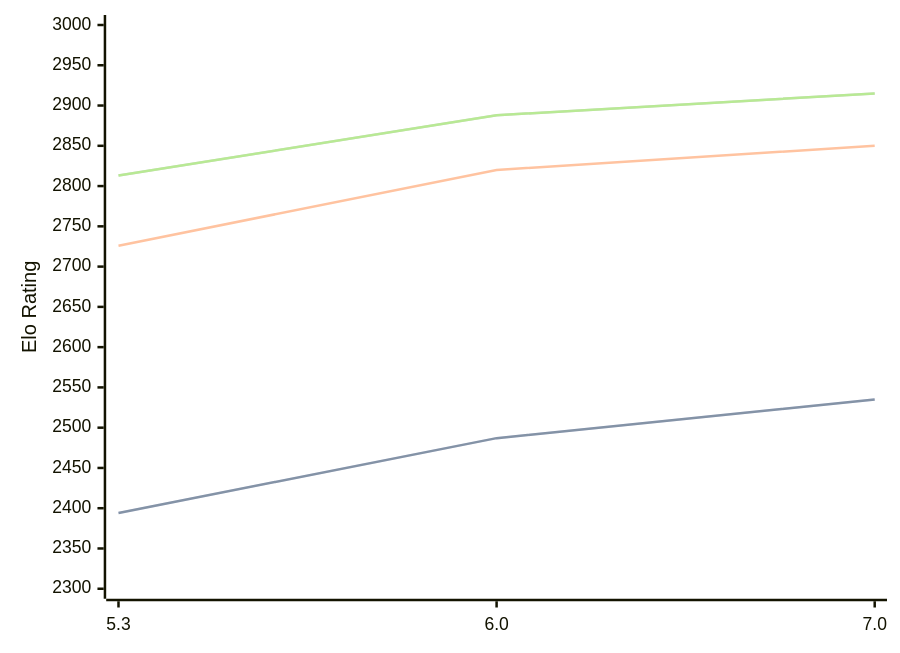
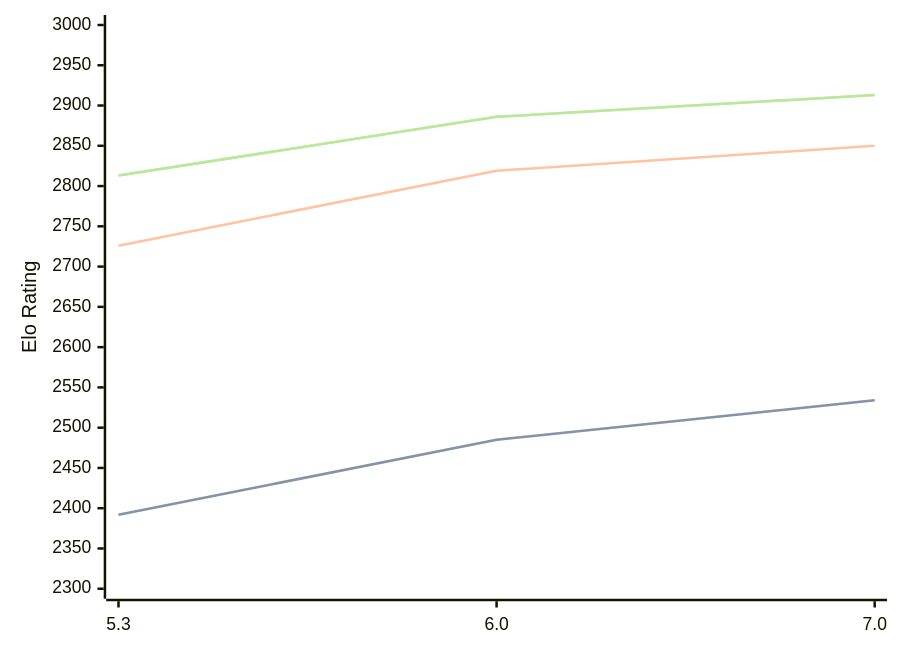
One commit to computer-chess-index/cci changed the diagram in engines/tomitankChess.md. Above: the diagram before and after it, drawn with Mermaid. The commit also changed other lines of this file, not shown here.

Commit message:
Update CCI Ratings (ELO VLTC) - 2026-10-01

````diff
--- a/engines/tomitankChess.md
+++ b/engines/tomitankChess.md
@@ -33,11 +33,11 @@
 ```mermaid
 %%{init: {"theme":"base","themeVariables":{"seriesColors:['#a3a3a3','#222221','#faa371']}}}%%
 xychart-beta
   x-axis ["5.3", "6.0", "7.0"]
   y-axis "Elo Rating" 2300 --> 3000
-  line "" [2394, 2487, 2535]
-  line "STC (8.0+0.08s)" [2394, 2487, 2535]
-  line "LTC (60.0+0.60s)" [2726, 2820, 2850]
-  line "" [2813, 2888, 2915]
-  line "VLTC (2m24s+1.12s)" [2813, 2888, 2915]
+  line "" [2392, 2485, 2534]
+  line "STC (8.0+0.08s)" [2392, 2485, 2534]
+  line "LTC (60.0+0.60s)" [2726, 2819, 2850]
+  line "" [2813, 2886, 2913]
+  line "VLTC (2m24s+1.12s)" [2813, 2886, 2913]
 ```
````
